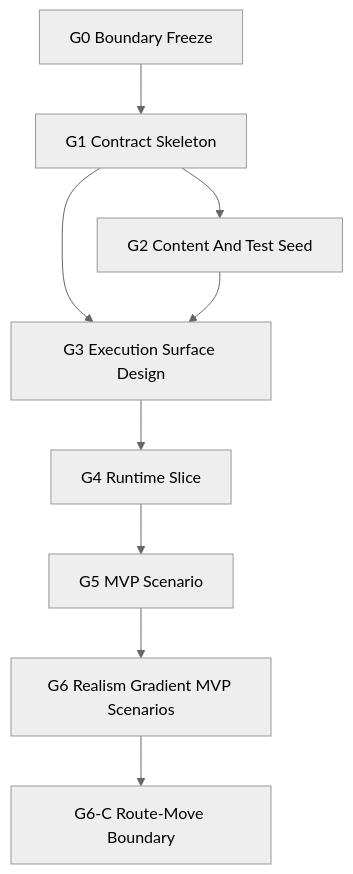
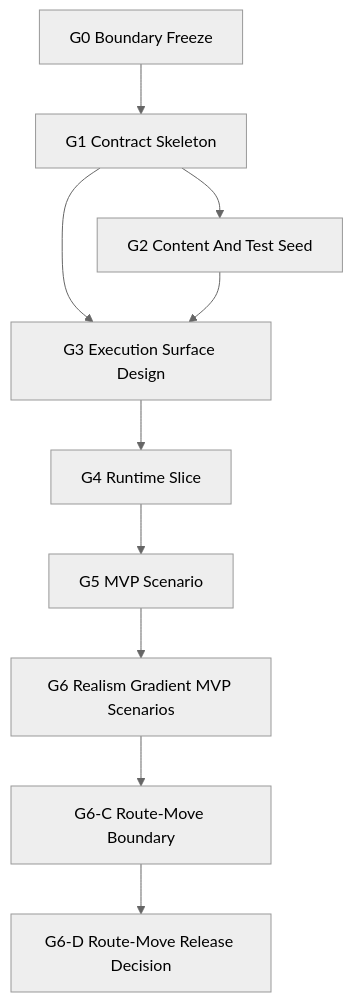
Before and after one commit to Void0312Aurora/Echelon-Forge: the diagram in docs/task/ground/ground_subagent_dispatch_queue_20260521.md, drawn with Mermaid (neutral theme). The commit also changed other lines of this file and 9 other files, not shown here.

Commit message:
Record ground route-move release decision

````diff
--- a/docs/task/ground/ground_subagent_dispatch_queue_20260521.md
+++ b/docs/task/ground/ground_subagent_dispatch_queue_20260521.md
@@ -29,11 +30,12 @@
 ```mermaid
 flowchart TD
     G0["G0 Boundary Freeze"] --> G1["G1 Contract Skeleton"]
     G1 --> G2["G2 Content And Test Seed"]
     G1 --> G3["G3 Execution Surface Design"]
     G2 --> G3
     G3 --> G4["G4 Runtime Slice"]
     G4 --> G5["G5 MVP Scenario"]
     G5 --> G6["G6 Realism Gradient MVP Scenarios"]
     G6 --> G6C["G6-C Route-Move Boundary"]
+    G6C --> G6D["G6-D Route-Move Release Decision"]
 ```
````
